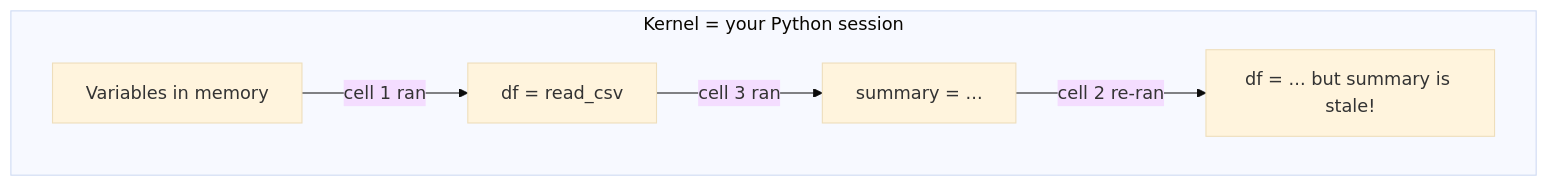
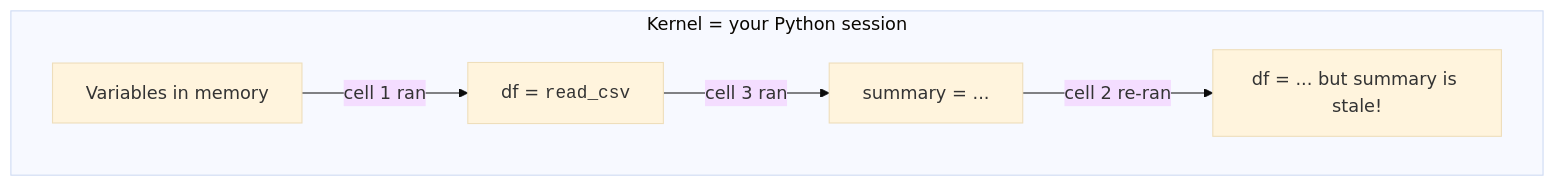
Before and after one commit to dataslope/dataslope: the second of 2 diagrams in content/learn/data-analysis-python-pandas/notebooks-and-environments.mdx, drawn with Mermaid (base theme). The commit also changed 218 other files, not shown here.

First line of the commit message:
Render code-only mermaid shapes in monospace; convert step sequences to Steps (#467)

````diff
--- a/content/learn/data-analysis-python-pandas/notebooks-and-environments.mdx
+++ b/content/learn/data-analysis-python-pandas/notebooks-and-environments.mdx
@@ -175,9 +175,9 @@
 ```mermaid
 flowchart TD
     subgraph "Kernel = your Python session"
         V1[Variables in memory]
-        V1 -->|cell 1 ran| V2[df = read_csv]
+        V1 -->|cell 1 ran| V2["df = <code>read_csv</code>"]
         V2 -->|cell 3 ran| V3[summary = ...]
         V3 -->|cell 2 re-ran| V4[df = ... but summary is stale!]
     end
 ```
````
